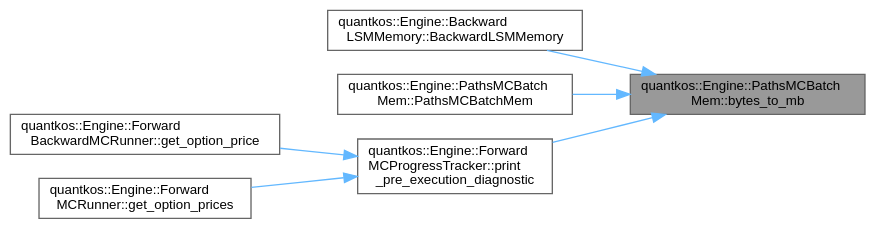
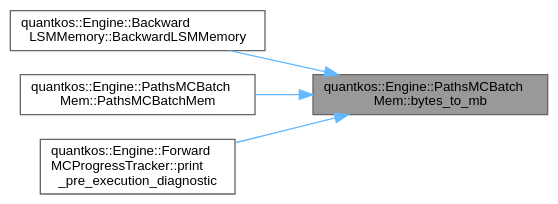
Before and after one commit to zeno-geddo/QuantKos: the diagram in dev-zen/classquantkos_1_1Engine_1_1PathsMCBatchMem_a4b49ef4ae9b41b542a1c4c559566d6e0_icgraph.dot, drawn with Graphviz. The commit also changed 177 other files, not shown here.

```diff
--- a/dev-zen/classquantkos_1_1Engine_1_1PathsMCBatchMem_a4b49ef4ae9b41b542a1c4c559566d6e0_icgraph.dot
+++ b/dev-zen/classquantkos_1_1Engine_1_1PathsMCBatchMem_a4b49ef4ae9b41b542a1c4c559566d6e0_icgraph.dot
@@ -1,19 +1,15 @@
 digraph "quantkos::Engine::PathsMCBatchMem::bytes_to_mb"
 {
  // LATEX_PDF_SIZE
   bgcolor="transparent";
   edge [fontname=Helvetica,fontsize=10,labelfontname=Helvetica,labelfontsize=10];
   node [fontname=Helvetica,fontsize=10,shape=box,height=0.2,width=0.4];
   rankdir="RL";
   Node1 [id="Node000001",label="quantkos::Engine::PathsMCBatch\lMem::bytes_to_mb",height=0.2,width=0.4,color="gray40", fillcolor="grey60", style="filled", fontcolor="black",tooltip="Utility helper to convert raw byte sizes into Megabytes (MB)."];
   Node1 -> Node2 [id="edge1_Node000001_Node000002",dir="back",color="steelblue1",style="solid",tooltip=" "];
   Node2 [id="Node000002",label="quantkos::Engine::Backward\lLSMMemory::BackwardLSMMemory",height=0.2,width=0.4,color="grey40", fillcolor="white", style="filled",URL="$classquantkos_1_1Engine_1_1BackwardLSMMemory.html#a3d28b39ec362d46762fa64b384929576",tooltip="Initializes LSM memory and performs a budget-check against physical RAM."];
   Node1 -> Node3 [id="edge2_Node000001_Node000003",dir="back",color="steelblue1",style="solid",tooltip=" "];
   Node3 [id="Node000003",label="quantkos::Engine::PathsMCBatch\lMem::PathsMCBatchMem",height=0.2,width=0.4,color="grey40", fillcolor="white", style="filled",URL="$classquantkos_1_1Engine_1_1PathsMCBatchMem.html#a38bcfb5d6a7d5ea347a89f536feaeea1",tooltip="Constructs the manager and allocates hardware-aligned memory buffers. (Must be initialized explicitly..."];
   Node1 -> Node4 [id="edge3_Node000001_Node000004",dir="back",color="steelblue1",style="solid",tooltip=" "];
   Node4 [id="Node000004",label="quantkos::Engine::Forward\lMCProgressTracker::print\l_pre_execution_diagnostic",height=0.2,width=0.4,color="grey40", fillcolor="white", style="filled",URL="$classquantkos_1_1Engine_1_1ForwardMCProgressTracker.html#a57df6da9144fc09429fa458d04016f6e",tooltip="Formats and outputs an exhaustive audit of execution parameters and hardware memory footprints."];
-  Node4 -> Node5 [id="edge4_Node000004_Node000005",dir="back",color="steelblue1",style="solid",tooltip=" "];
-  Node5 [id="Node000005",label="quantkos::Engine::Forward\lBackwardMCRunner::get_option_price",height=0.2,width=0.4,color="grey40", fillcolor="white", style="filled",URL="$classquantkos_1_1Engine_1_1ForwardBackwardMCRunner.html#aa62cc60ac6c779dce034339348771a6d",tooltip="Entry point to run the American pricing engine."];
-  Node4 -> Node6 [id="edge5_Node000004_Node000006",dir="back",color="steelblue1",style="solid",tooltip=" "];
-  Node6 [id="Node000006",label="quantkos::Engine::Forward\lMCRunner::get_option_prices",height=0.2,width=0.4,color="grey40", fillcolor="white", style="filled",URL="$classquantkos_1_1Engine_1_1ForwardMCRunner.html#ac86a1154cda2f65879a791fbceef6627",tooltip="High-level orchestration method that runs the forward Monte Carlo engine."];
 }
```
